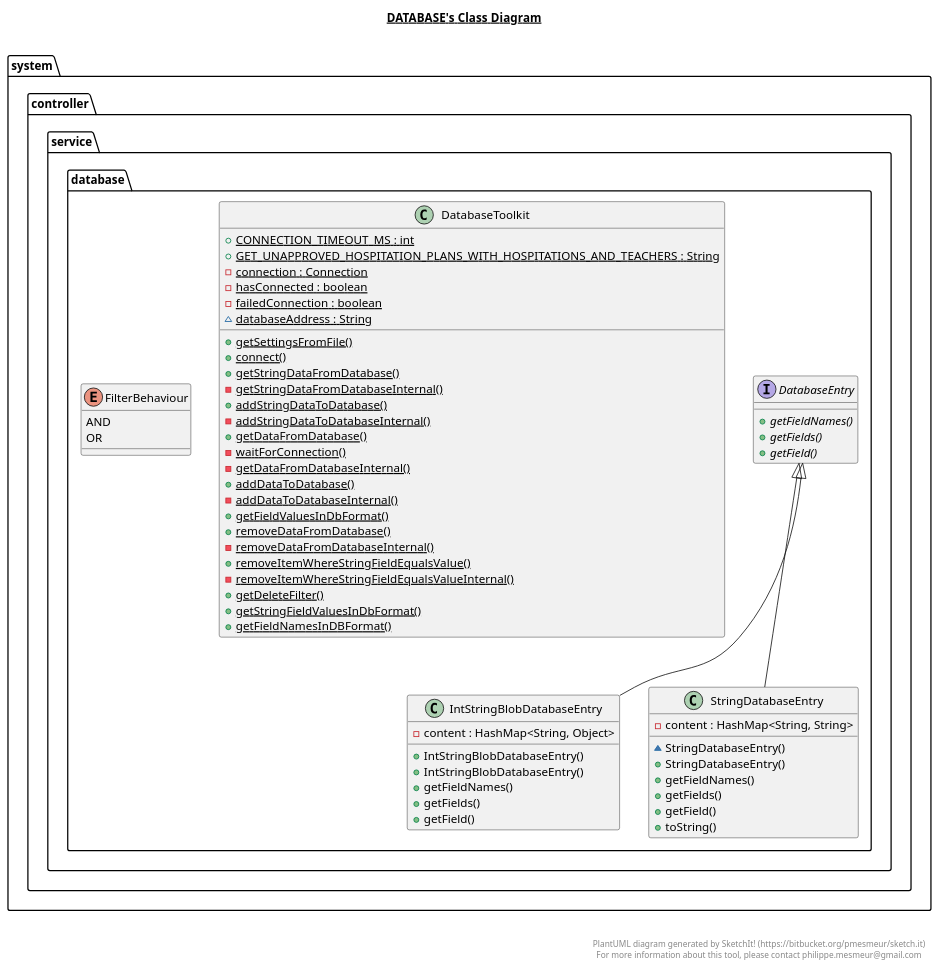
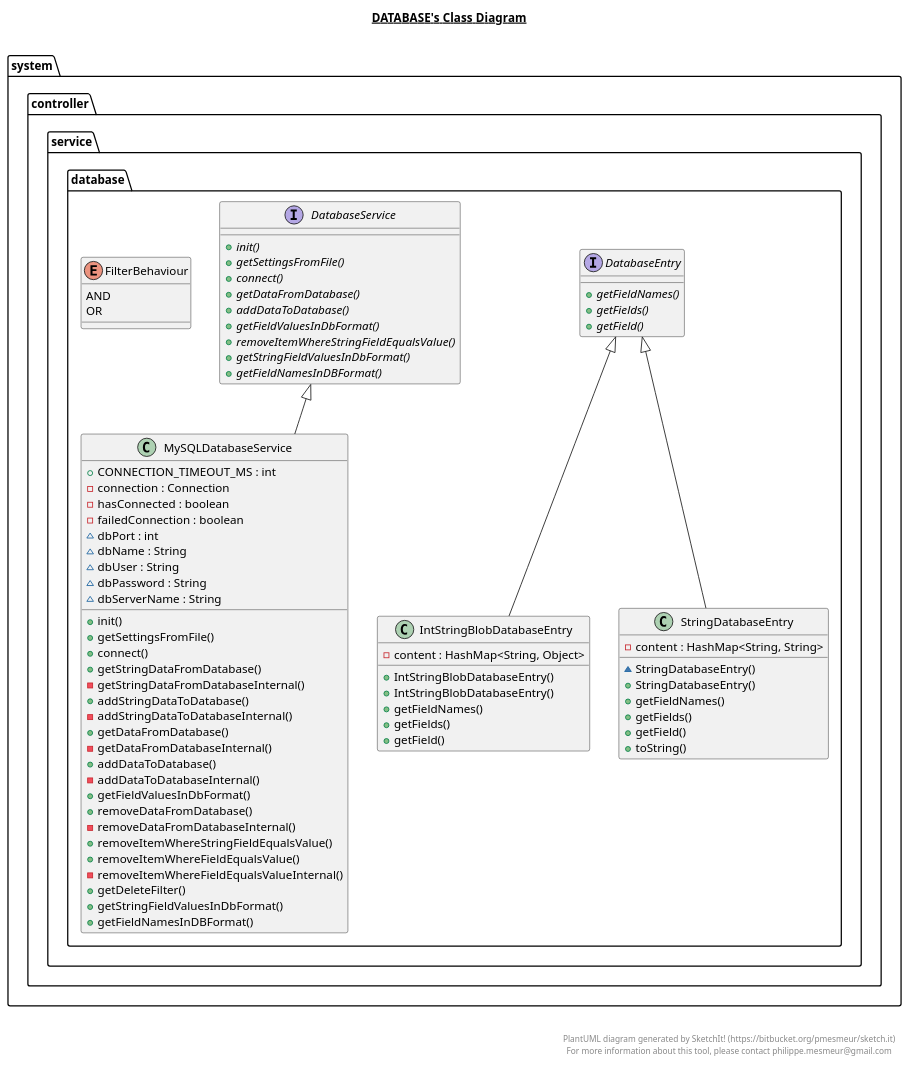
Before and after one commit to berl-a/DiplomaBackend: the diagram in src/main/java/system/controller/service/database/database.plantuml, drawn with PlantUML. The commit also changed 601 other files, not shown here.

```diff
--- a/src/main/java/system/controller/service/database/database.plantuml
+++ b/src/main/java/system/controller/service/database/database.plantuml
@@ -1,109 +1,133 @@
 @startuml
 
 title __DATABASE's Class Diagram__\n
 
   package system.controller {
     package system.controller.service {
       package system.controller.service.database {
         interface DatabaseEntry {
             {abstract} + getFieldNames()
             {abstract} + getFields()
             {abstract} + getField()
         }
       }
     }
   }
   
 
   package system.controller {
     package system.controller.service {
       package system.controller.service.database {
-        class DatabaseToolkit {
-            {static} + CONNECTION_TIMEOUT_MS : int
-            {static} + GET_UNAPPROVED_HOSPITATION_PLANS_WITH_HOSPITATIONS_AND_TEACHERS : String
-            {static} - connection : Connection
-            {static} - hasConnected : boolean
-            {static} - failedConnection : boolean
-            {static} ~ databaseAddress : String
-            {static} + getSettingsFromFile()
-            {static} + connect()
-            {static} + getStringDataFromDatabase()
-            {static} - getStringDataFromDatabaseInternal()
-            {static} + addStringDataToDatabase()
-            {static} - addStringDataToDatabaseInternal()
-            {static} + getDataFromDatabase()
-            {static} - waitForConnection()
-            {static} - getDataFromDatabaseInternal()
-            {static} + addDataToDatabase()
-            {static} - addDataToDatabaseInternal()
-            {static} + getFieldValuesInDbFormat()
-            {static} + removeDataFromDatabase()
-            {static} - removeDataFromDatabaseInternal()
-            {static} + removeItemWhereStringFieldEqualsValue()
-            {static} - removeItemWhereStringFieldEqualsValueInternal()
-            {static} + getDeleteFilter()
-            {static} + getStringFieldValuesInDbFormat()
-            {static} + getFieldNamesInDBFormat()
+        interface DatabaseService {
+            {abstract} + init()
+            {abstract} + getSettingsFromFile()
+            {abstract} + connect()
+            {abstract} + getDataFromDatabase()
+            {abstract} + addDataToDatabase()
+            {abstract} + getFieldValuesInDbFormat()
+            {abstract} + removeItemWhereStringFieldEqualsValue()
+            {abstract} + getStringFieldValuesInDbFormat()
+            {abstract} + getFieldNamesInDBFormat()
         }
       }
     }
   }
   
 
   package system.controller {
     package system.controller.service {
       package system.controller.service.database {
         enum FilterBehaviour {
           AND
           OR
         }
       }
     }
   }
   
 
   package system.controller {
     package system.controller.service {
       package system.controller.service.database {
         class IntStringBlobDatabaseEntry {
             - content : HashMap<String, Object>
             + IntStringBlobDatabaseEntry()
             + IntStringBlobDatabaseEntry()
             + getFieldNames()
             + getFields()
             + getField()
         }
       }
     }
   }
   
 
   package system.controller {
     package system.controller.service {
       package system.controller.service.database {
+        class MySQLDatabaseService {
+            + CONNECTION_TIMEOUT_MS : int
+            - connection : Connection
+            - hasConnected : boolean
+            - failedConnection : boolean
+            ~ dbPort : int
+            ~ dbName : String
+            ~ dbUser : String
+            ~ dbPassword : String
+            ~ dbServerName : String
+            + init()
+            + getSettingsFromFile()
+            + connect()
+            + getStringDataFromDatabase()
+            - getStringDataFromDatabaseInternal()
+            + addStringDataToDatabase()
+            - addStringDataToDatabaseInternal()
+            + getDataFromDatabase()
+            - getDataFromDatabaseInternal()
+            + addDataToDatabase()
+            - addDataToDatabaseInternal()
+            + getFieldValuesInDbFormat()
+            + removeDataFromDatabase()
+            - removeDataFromDatabaseInternal()
+            + removeItemWhereStringFieldEqualsValue()
+            + removeItemWhereFieldEqualsValue()
+            - removeItemWhereFieldEqualsValueInternal()
+            + getDeleteFilter()
+            + getStringFieldValuesInDbFormat()
+            + getFieldNamesInDBFormat()
+        }
+      }
+    }
+  }
+  
+
+  package system.controller {
+    package system.controller.service {
+      package system.controller.service.database {
         class StringDatabaseEntry {
             - content : HashMap<String, String>
             ~ StringDatabaseEntry()
             + StringDatabaseEntry()
             + getFieldNames()
             + getFields()
             + getField()
             + toString()
         }
       }
     }
   }
   
 
   IntStringBlobDatabaseEntry -up-|> DatabaseEntry
+  MySQLDatabaseService -up-|> DatabaseService
   StringDatabaseEntry -up-|> DatabaseEntry
 
 
 right footer
 
 
 PlantUML diagram generated by SketchIt! (https://bitbucket.org/pmesmeur/sketch.it)
 For more information about this tool, please contact philippe.mesmeur@gmail.com
 endfooter
 
 @enduml
```
